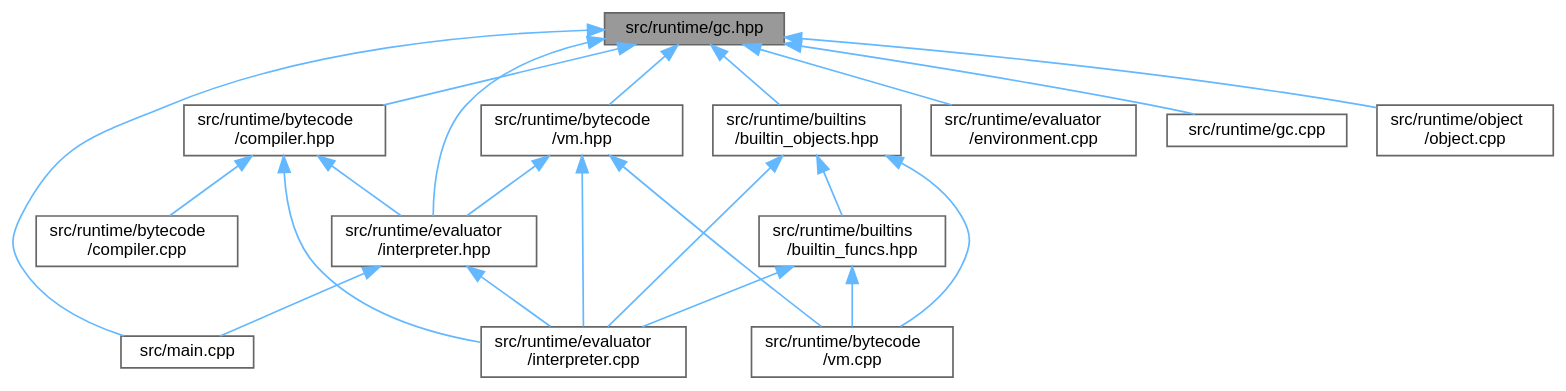
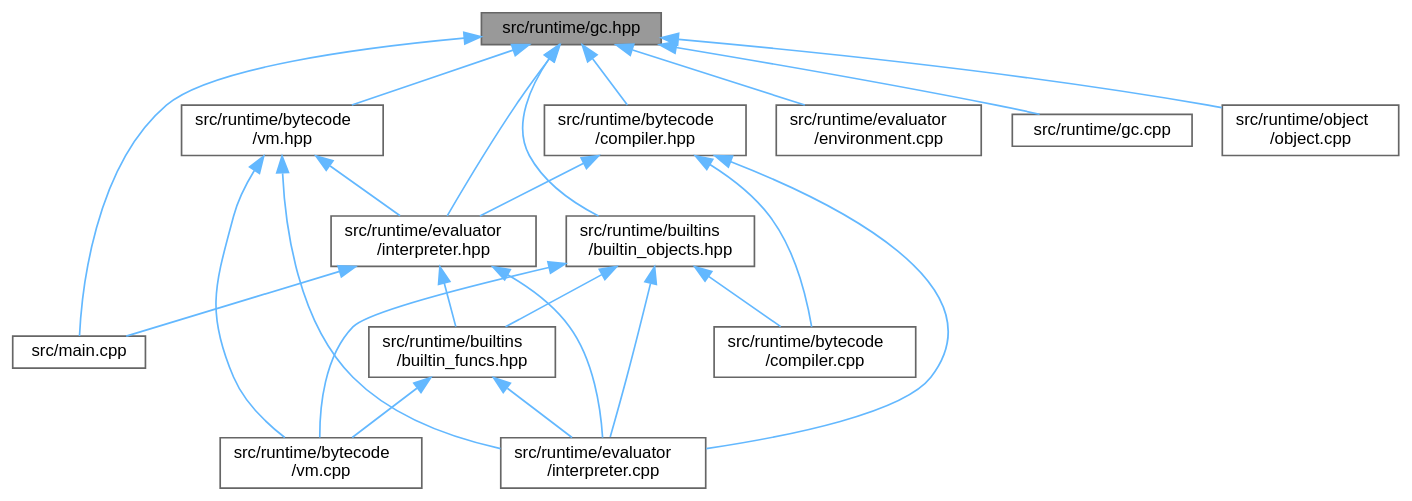
The diagram in pebbl/docs/gc_8hpp__dep__incl.dot (kejunp/kejunp.github.io), drawn with Graphviz before and after one commit. The commit also changed 49 other files, not shown here.

```diff
--- a/pebbl/docs/gc_8hpp__dep__incl.dot
+++ b/pebbl/docs/gc_8hpp__dep__incl.dot
@@ -1,41 +1,43 @@
 digraph "src/runtime/gc.hpp"
 {
  // LATEX_PDF_SIZE
   bgcolor="transparent";
   edge [fontname=Helvetica,fontsize=10,labelfontname=Helvetica,labelfontsize=10];
   node [fontname=Helvetica,fontsize=10,shape=box,height=0.2,width=0.4];
   Node1 [id="Node000001",label="src/runtime/gc.hpp",height=0.2,width=0.4,color="gray40", fillcolor="grey60", style="filled", fontcolor="black",tooltip="Garbage collection system for the PEBBL runtime."];
   Node1 -> Node2 [id="edge1_Node000001_Node000002",dir="back",color="steelblue1",style="solid",tooltip=" "];
   Node2 [id="Node000002",label="src/main.cpp",height=0.2,width=0.4,color="grey40", fillcolor="white", style="filled",URL="$main_8cpp.html",tooltip="Main entry point for the PEBBL language interpreter."];
   Node1 -> Node3 [id="edge2_Node000001_Node000003",dir="back",color="steelblue1",style="solid",tooltip=" "];
   Node3 [id="Node000003",label="src/runtime/builtins\l/builtin_objects.hpp",height=0.2,width=0.4,color="grey40", fillcolor="white", style="filled",URL="$builtin__objects_8hpp.html",tooltip="Built-in garbage-collected object types (String, Array, Dict)"];
   Node3 -> Node4 [id="edge3_Node000003_Node000004",dir="back",color="steelblue1",style="solid",tooltip=" "];
   Node4 [id="Node000004",label="src/runtime/builtins\l/builtin_funcs.hpp",height=0.2,width=0.4,color="grey40", fillcolor="white", style="filled",URL="$builtin__funcs_8hpp.html",tooltip="Implementation of all PEBBL builtin functions."];
   Node4 -> Node5 [id="edge4_Node000004_Node000005",dir="back",color="steelblue1",style="solid",tooltip=" "];
   Node5 [id="Node000005",label="src/runtime/bytecode\l/vm.cpp",height=0.2,width=0.4,color="grey40", fillcolor="white", style="filled",URL="$vm_8cpp.html",tooltip="Implementation of the PEBBL virtual machine."];
   Node4 -> Node6 [id="edge5_Node000004_Node000006",dir="back",color="steelblue1",style="solid",tooltip=" "];
   Node6 [id="Node000006",label="src/runtime/evaluator\l/interpreter.cpp",height=0.2,width=0.4,color="grey40", fillcolor="white", style="filled",URL="$interpreter_8cpp.html",tooltip="Implementation of the main interpreter."];
-  Node3 -> Node5 [id="edge6_Node000003_Node000005",dir="back",color="steelblue1",style="solid",tooltip=" "];
-  Node3 -> Node6 [id="edge7_Node000003_Node000006",dir="back",color="steelblue1",style="solid",tooltip=" "];
-  Node1 -> Node7 [id="edge8_Node000001_Node000007",dir="back",color="steelblue1",style="solid",tooltip=" "];
-  Node7 [id="Node000007",label="src/runtime/bytecode\l/compiler.hpp",height=0.2,width=0.4,color="grey40", fillcolor="white", style="filled",URL="$compiler_8hpp.html",tooltip="AST to bytecode compiler for the PEBBL language."];
-  Node7 -> Node8 [id="edge9_Node000007_Node000008",dir="back",color="steelblue1",style="solid",tooltip=" "];
-  Node8 [id="Node000008",label="src/runtime/bytecode\l/compiler.cpp",height=0.2,width=0.4,color="grey40", fillcolor="white", style="filled",URL="$compiler_8cpp.html",tooltip="Implementation of the AST to bytecode compiler."];
-  Node7 -> Node6 [id="edge10_Node000007_Node000006",dir="back",color="steelblue1",style="solid",tooltip=" "];
-  Node7 -> Node9 [id="edge11_Node000007_Node000009",dir="back",color="steelblue1",style="solid",tooltip=" "];
+  Node3 -> Node7 [id="edge6_Node000003_Node000007",dir="back",color="steelblue1",style="solid",tooltip=" "];
+  Node7 [id="Node000007",label="src/runtime/bytecode\l/compiler.cpp",height=0.2,width=0.4,color="grey40", fillcolor="white", style="filled",URL="$compiler_8cpp.html",tooltip="Implementation of the AST to bytecode compiler."];
+  Node3 -> Node5 [id="edge7_Node000003_Node000005",dir="back",color="steelblue1",style="solid",tooltip=" "];
+  Node3 -> Node6 [id="edge8_Node000003_Node000006",dir="back",color="steelblue1",style="solid",tooltip=" "];
+  Node1 -> Node8 [id="edge9_Node000001_Node000008",dir="back",color="steelblue1",style="solid",tooltip=" "];
+  Node8 [id="Node000008",label="src/runtime/bytecode\l/compiler.hpp",height=0.2,width=0.4,color="grey40", fillcolor="white", style="filled",URL="$compiler_8hpp.html",tooltip="AST to bytecode compiler for the PEBBL language."];
+  Node8 -> Node7 [id="edge10_Node000008_Node000007",dir="back",color="steelblue1",style="solid",tooltip=" "];
+  Node8 -> Node6 [id="edge11_Node000008_Node000006",dir="back",color="steelblue1",style="solid",tooltip=" "];
+  Node8 -> Node9 [id="edge12_Node000008_Node000009",dir="back",color="steelblue1",style="solid",tooltip=" "];
   Node9 [id="Node000009",label="src/runtime/evaluator\l/interpreter.hpp",height=0.2,width=0.4,color="grey40", fillcolor="white", style="filled",URL="$interpreter_8hpp.html",tooltip="Main interpreter/evaluator for executing PEBBL AST."];
-  Node9 -> Node2 [id="edge12_Node000009_Node000002",dir="back",color="steelblue1",style="solid",tooltip=" "];
-  Node9 -> Node6 [id="edge13_Node000009_Node000006",dir="back",color="steelblue1",style="solid",tooltip=" "];
-  Node1 -> Node10 [id="edge14_Node000001_Node000010",dir="back",color="steelblue1",style="solid",tooltip=" "];
+  Node9 -> Node2 [id="edge13_Node000009_Node000002",dir="back",color="steelblue1",style="solid",tooltip=" "];
+  Node9 -> Node4 [id="edge14_Node000009_Node000004",dir="back",color="steelblue1",style="solid",tooltip=" "];
+  Node9 -> Node6 [id="edge15_Node000009_Node000006",dir="back",color="steelblue1",style="solid",tooltip=" "];
+  Node1 -> Node10 [id="edge16_Node000001_Node000010",dir="back",color="steelblue1",style="solid",tooltip=" "];
   Node10 [id="Node000010",label="src/runtime/bytecode\l/vm.hpp",height=0.2,width=0.4,color="grey40", fillcolor="white", style="filled",URL="$vm_8hpp.html",tooltip="Virtual machine for executing PEBBL bytecode."];
-  Node10 -> Node5 [id="edge15_Node000010_Node000005",dir="back",color="steelblue1",style="solid",tooltip=" "];
-  Node10 -> Node6 [id="edge16_Node000010_Node000006",dir="back",color="steelblue1",style="solid",tooltip=" "];
-  Node10 -> Node9 [id="edge17_Node000010_Node000009",dir="back",color="steelblue1",style="solid",tooltip=" "];
-  Node1 -> Node11 [id="edge18_Node000001_Node000011",dir="back",color="steelblue1",style="solid",tooltip=" "];
+  Node10 -> Node5 [id="edge17_Node000010_Node000005",dir="back",color="steelblue1",style="solid",tooltip=" "];
+  Node10 -> Node6 [id="edge18_Node000010_Node000006",dir="back",color="steelblue1",style="solid",tooltip=" "];
+  Node10 -> Node9 [id="edge19_Node000010_Node000009",dir="back",color="steelblue1",style="solid",tooltip=" "];
+  Node1 -> Node11 [id="edge20_Node000001_Node000011",dir="back",color="steelblue1",style="solid",tooltip=" "];
   Node11 [id="Node000011",label="src/runtime/evaluator\l/environment.cpp",height=0.2,width=0.4,color="grey40", fillcolor="white", style="filled",URL="$environment_8cpp.html",tooltip="Implementation of the Environment system."];
-  Node1 -> Node9 [id="edge19_Node000001_Node000009",dir="back",color="steelblue1",style="solid",tooltip=" "];
-  Node1 -> Node12 [id="edge20_Node000001_Node000012",dir="back",color="steelblue1",style="solid",tooltip=" "];
+  Node1 -> Node9 [id="edge21_Node000001_Node000009",dir="back",color="steelblue1",style="solid",tooltip=" "];
+  Node1 -> Node12 [id="edge22_Node000001_Node000012",dir="back",color="steelblue1",style="solid",tooltip=" "];
   Node12 [id="Node000012",label="src/runtime/gc.cpp",height=0.2,width=0.4,color="grey40", fillcolor="white", style="filled",URL="$gc_8cpp.html",tooltip="Implementation of the garbage collection system."];
-  Node1 -> Node13 [id="edge21_Node000001_Node000013",dir="back",color="steelblue1",style="solid",tooltip=" "];
+  Node1 -> Node13 [id="edge23_Node000001_Node000013",dir="back",color="steelblue1",style="solid",tooltip=" "];
   Node13 [id="Node000013",label="src/runtime/object\l/object.cpp",height=0.2,width=0.4,color="grey40", fillcolor="white", style="filled",URL="$object_8cpp.html",tooltip="Implementation of the PEBBLObject NaN-boxing system."];
 }
```
